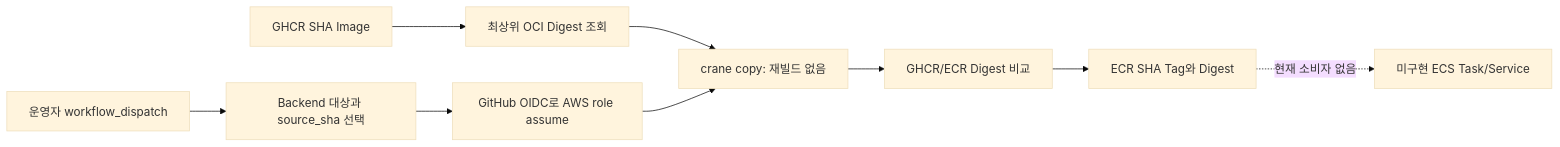
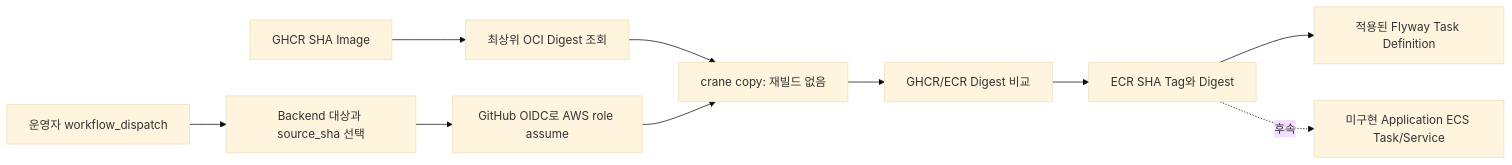
One commit to hyunmyungchoi/Spring-React-MSA changed the second of 3 diagrams in docs/architecture/cicd-deployment.md. Above: the diagram before and after it, drawn with Mermaid (base theme). The commit also changed other lines of this file and 10 other files, not shown here.

````diff
--- a/docs/architecture/cicd-deployment.md
+++ b/docs/architecture/cicd-deployment.md
@@ -66,11 +66,12 @@
 ```mermaid
 flowchart LR
     G["GHCR SHA Image"] --> D["최상위 OCI Digest 조회"]
     O["운영자 workflow_dispatch"] --> S["Backend 대상과 source_sha 선택"]
     S --> I["GitHub OIDC로 AWS role assume"]
     D --> C["crane copy: 재빌드 없음"]
     I --> C
     C --> V["GHCR/ECR Digest 비교"]
     V --> E["ECR SHA Tag와 Digest"]
-    E -. "현재 소비자 없음" .-> X["미구현 ECS Task/Service"]
+    E --> M["적용된 Flyway Task Definition"]
+    E -. "후속" .-> X["미구현 Application ECS Task/Service"]
 ```
````
